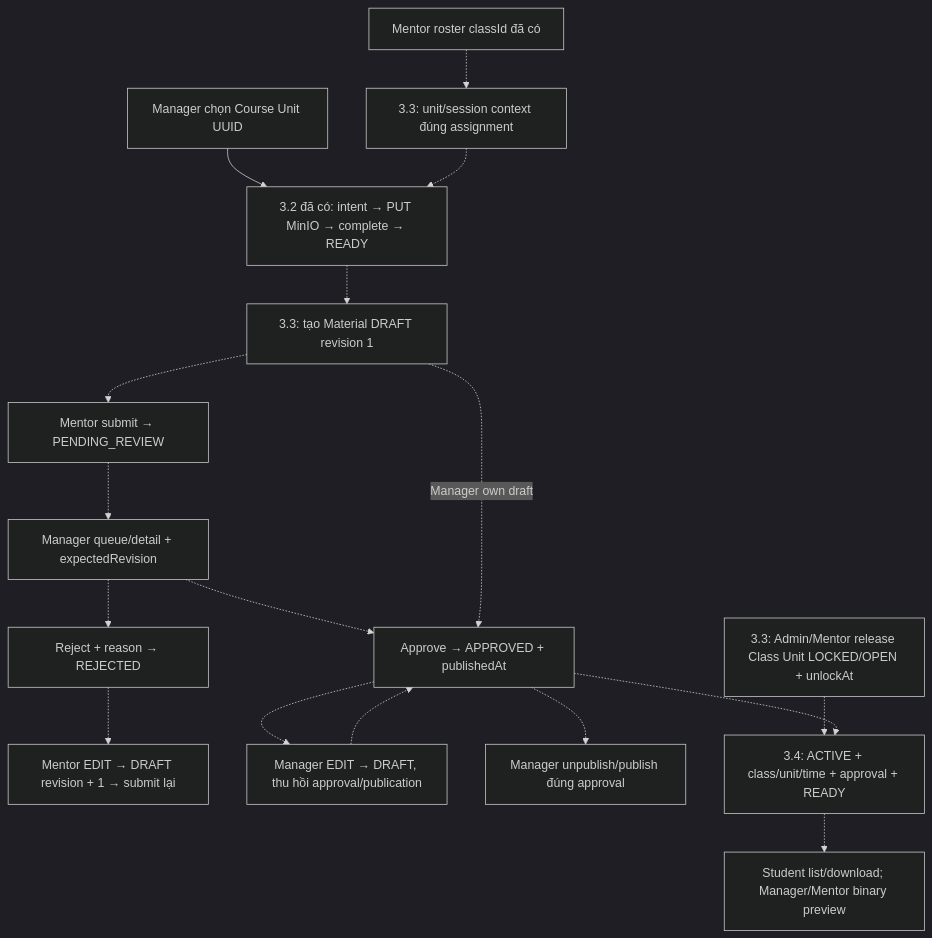
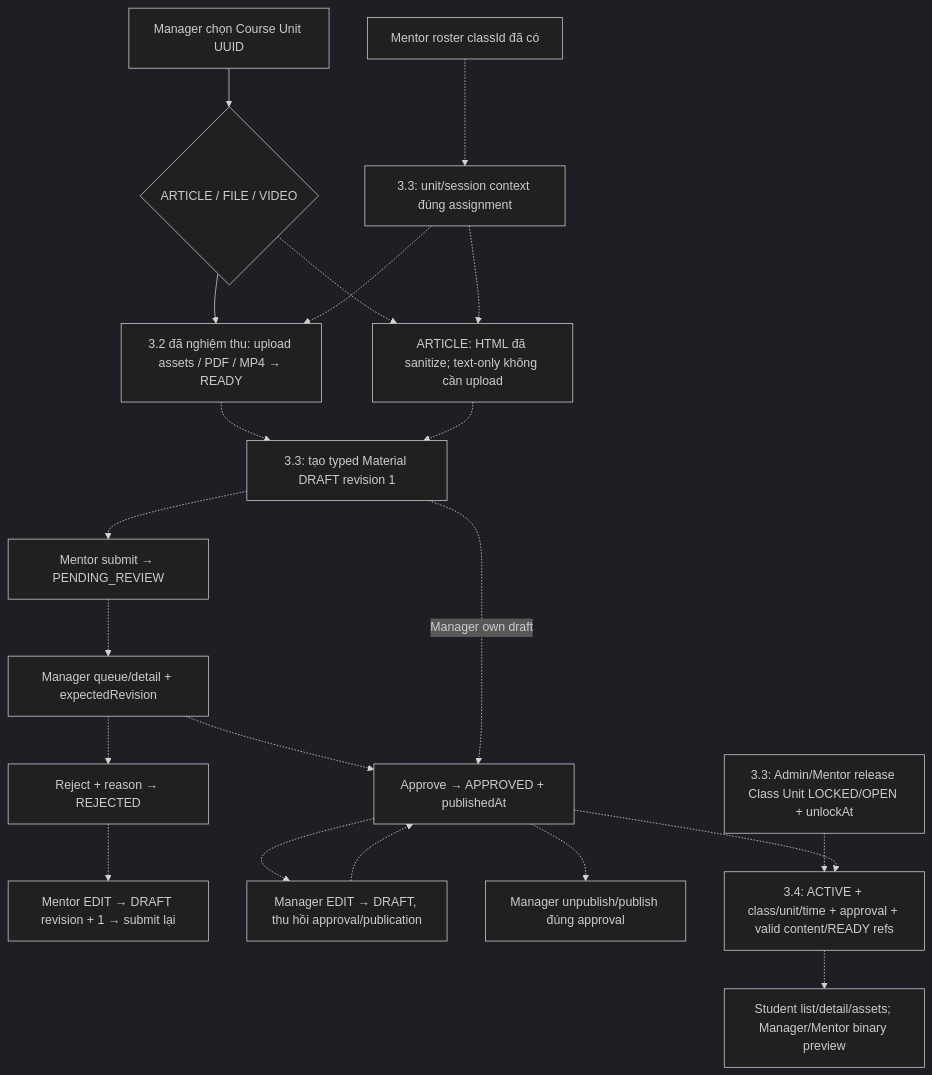
The diagram in docs/api_flow/PHASE_3_3_FLOW.md (nhathuyck1/Mindy-BE), drawn with Mermaid (dark theme) before and after one commit. The commit also changed other lines of this file and 15 other files, not shown here.

````diff
--- a/docs/api_flow/PHASE_3_3_FLOW.md
+++ b/docs/api_flow/PHASE_3_3_FLOW.md
@@ -25,19 +25,23 @@
 ```mermaid
 flowchart TD
   C["Mentor roster classId đã có"] -.-> U["3.3: unit/session context đúng assignment"]
-  M["Manager chọn Course Unit UUID"] --> UP["3.2 đã có: intent → PUT MinIO → complete → READY"]
+  M["Manager chọn Course Unit UUID"] --> K{"ARTICLE / FILE / VIDEO"}
+  K -.-> H["ARTICLE: HTML đã sanitize; text-only không cần upload"]
+  K --> UP["3.2 đã nghiệm thu: upload assets / PDF / MP4 → READY"]
+  U -.-> H
   U -.-> UP
-  UP -.-> D["3.3: tạo Material DRAFT revision 1"]
+  UP -.-> D["3.3: tạo typed Material DRAFT revision 1"]
+  H -.-> D
   D -.-> S["Mentor submit → PENDING_REVIEW"]
   S -.-> Q["Manager queue/detail + expectedRevision"]
   Q -.-> A["Approve → APPROVED + publishedAt"]
   Q -.-> R["Reject + reason → REJECTED"]
   R -.-> E["Mentor EDIT → DRAFT revision + 1 → submit lại"]
   D -.->|"Manager own draft"| A
   A -.-> ME["Manager EDIT → DRAFT, thu hồi approval/publication"]
   ME -.-> A
   A -.-> P["Manager unpublish/publish đúng approval"]
   REL["3.3: Admin/Mentor release Class Unit LOCKED/OPEN + unlockAt"] -.-> G
-  A -.-> G["3.4: ACTIVE + class/unit/time + approval + READY"]
-  G -.-> READ["Student list/download; Manager/Mentor binary preview"]
+  A -.-> G["3.4: ACTIVE + class/unit/time + approval + valid content/READY refs"]
+  G -.-> READ["Student list/detail/assets; Manager/Mentor binary preview"]
 ```
````
